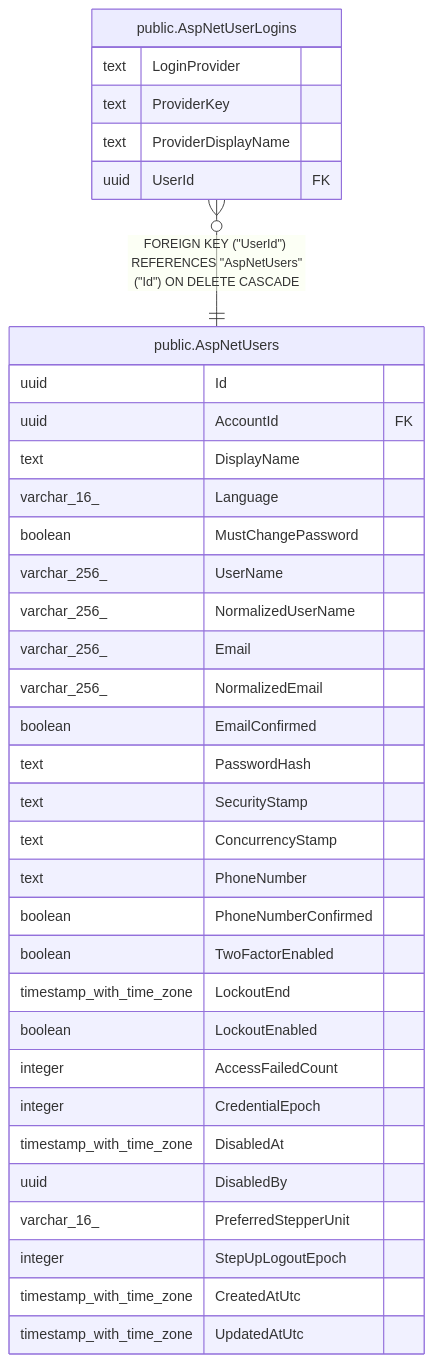
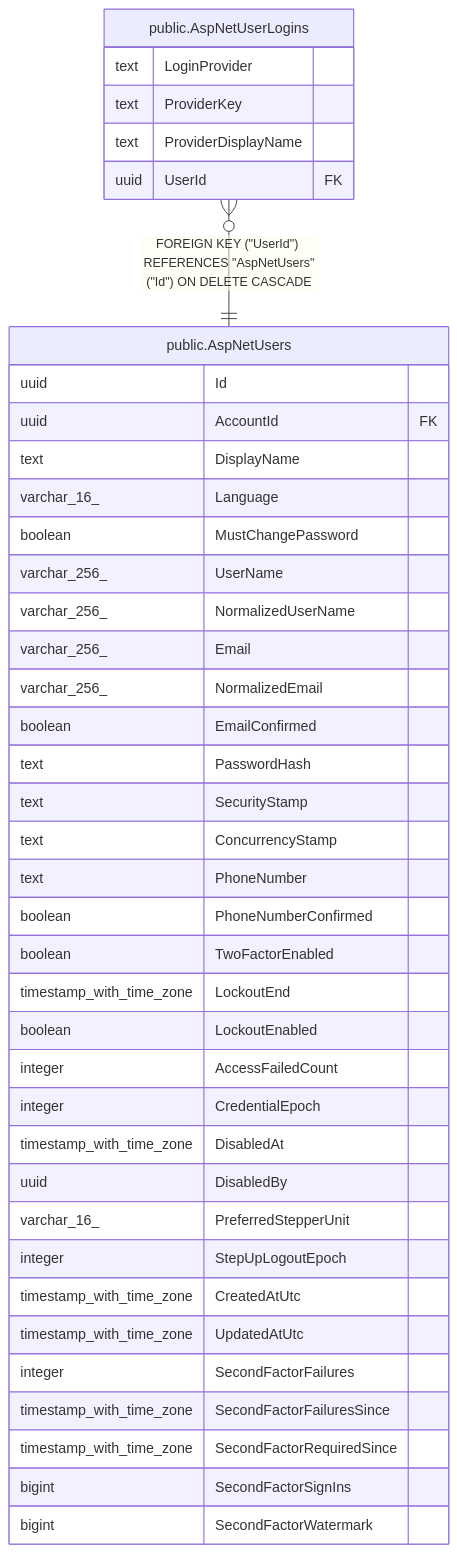
The diagram in docs/schema/public.AspNetUserLogins.md (mforce/cluckwork), drawn with Mermaid before and after one commit. The commit also changed 26 other files, not shown here.

````diff
--- a/docs/schema/public.AspNetUserLogins.md
+++ b/docs/schema/public.AspNetUserLogins.md
@@ -37,40 +37,45 @@
 ```mermaid
 erDiagram
 
 "public.AspNetUserLogins" }o--|| "public.AspNetUsers" : "FOREIGN KEY (#quot;UserId#quot;) REFERENCES #quot;AspNetUsers#quot;(#quot;Id#quot;) ON DELETE CASCADE"
 
 "public.AspNetUserLogins" {
   text LoginProvider
   text ProviderKey
   text ProviderDisplayName
   uuid UserId FK
 }
 "public.AspNetUsers" {
   uuid Id
   uuid AccountId FK
   text DisplayName
   varchar_16_ Language
   boolean MustChangePassword
   varchar_256_ UserName
   varchar_256_ NormalizedUserName
   varchar_256_ Email
   varchar_256_ NormalizedEmail
   boolean EmailConfirmed
   text PasswordHash
   text SecurityStamp
   text ConcurrencyStamp
   text PhoneNumber
   boolean PhoneNumberConfirmed
   boolean TwoFactorEnabled
   timestamp_with_time_zone LockoutEnd
   boolean LockoutEnabled
   integer AccessFailedCount
   integer CredentialEpoch
   timestamp_with_time_zone DisabledAt
   uuid DisabledBy
   varchar_16_ PreferredStepperUnit
   integer StepUpLogoutEpoch
   timestamp_with_time_zone CreatedAtUtc
   timestamp_with_time_zone UpdatedAtUtc
+  integer SecondFactorFailures
+  timestamp_with_time_zone SecondFactorFailuresSince
+  timestamp_with_time_zone SecondFactorRequiredSince
+  bigint SecondFactorSignIns
+  bigint SecondFactorWatermark
 }
 ```
````
